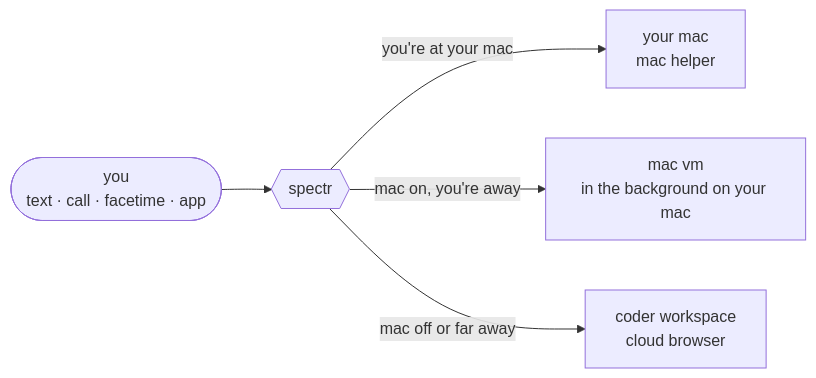
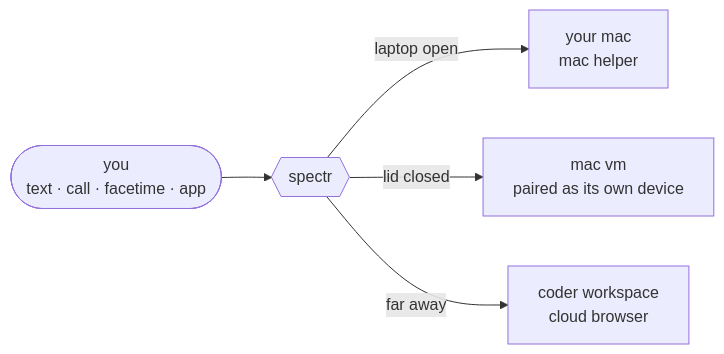
Before and after one commit to Spectr-Agent/Spectr: the first of 2 diagrams in README.md, drawn with Mermaid. The commit also changed other lines of this file, not shown here.

````diff
--- a/README.md
+++ b/README.md
@@ -216,7 +103,7 @@
 ```mermaid
 flowchart LR
     you(["you<br/>text · call · facetime · app"]) --> spectr{{"spectr"}}
-    spectr -->|"you're at your mac"| mac["your mac<br/>mac helper"]
-    spectr -->|"mac on, you're away"| vm["mac vm<br/>in the background on your mac"]
-    spectr -->|"mac off or far away"| cloud["coder workspace<br/>cloud browser"]
+    spectr -->|"laptop open"| mac["your mac<br/>mac helper"]
+    spectr -->|"lid closed"| vm["mac vm<br/>paired as its own device"]
+    spectr -->|"far away"| cloud["coder workspace<br/>cloud browser"]
 ```
````
